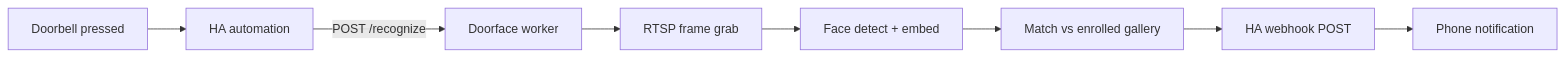
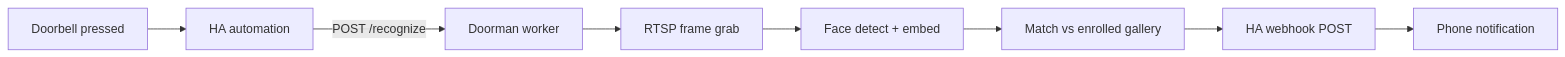
Before and after one commit to mislam/doorman: the diagram in docs/spec.md, drawn with Mermaid. The commit also changed other lines of this file and 24 other files, not shown here.

First line of the commit message:
chore: rename project from doorface to doorman

````diff
--- a/docs/spec.md
+++ b/docs/spec.md
@@ -43,10 +43,10 @@
 ```mermaid
 flowchart LR
   bell[Doorbell pressed] --> ha_trig[HA automation]
-  ha_trig -->|POST /recognize| worker[Doorface worker]
+  ha_trig -->|POST /recognize| worker[Doorman worker]
   worker --> grab[RTSP frame grab]
   grab --> det[Face detect + embed]
   det --> match[Match vs enrolled gallery]
   match --> ha_out[HA webhook POST]
   ha_out --> notify[Phone notification]
 ```
````
